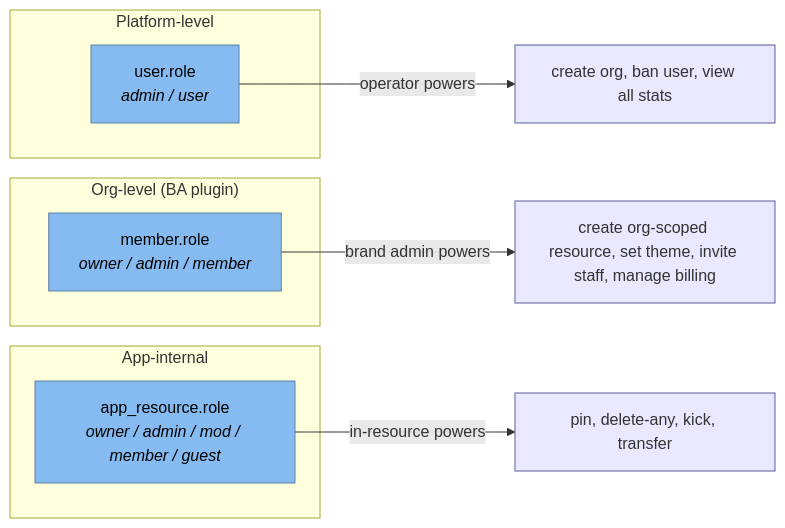
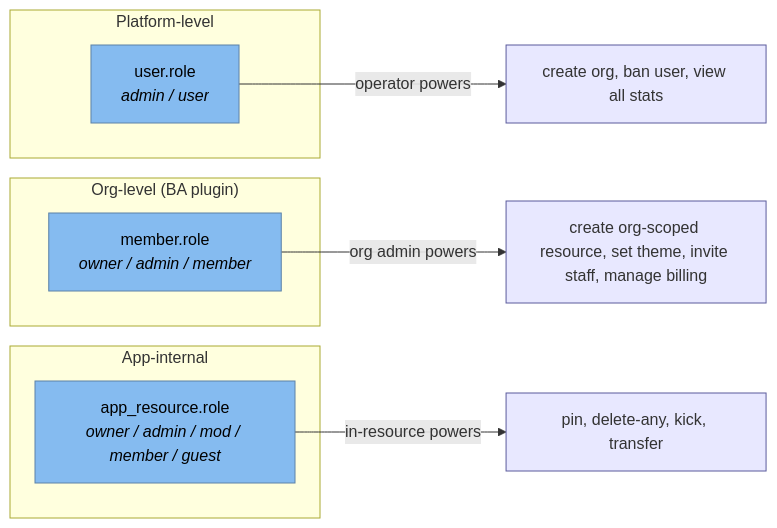
Before and after one commit to apostolos-geyer/somewhatintelligent: the fifth of 6 diagrams in docs/MULTI-TENANCY.md, drawn with Mermaid. The commit also changed other lines of this file and 68 other files, not shown here.

````diff
--- a/docs/MULTI-TENANCY.md
+++ b/docs/MULTI-TENANCY.md
@@ -1117,19 +1065,19 @@
 ```mermaid
 flowchart LR
   subgraph platform["Platform-level"]
     p_user["user.role<br/><i>admin / user</i>"]:::role
   end
   subgraph org["Org-level (BA plugin)"]
     o_role["member.role<br/><i>owner / admin / member</i>"]:::role
   end
   subgraph app["App-internal"]
     a_role["app_resource.role<br/><i>owner / admin / mod / member / guest</i>"]:::role
   end
 
   p_user -->|"operator powers"| platform_ops["create org, ban user, view all stats"]:::action
-  o_role -->|"brand admin powers"| org_ops["create org-scoped resource, set theme, invite staff, manage billing"]:::action
+  o_role -->|"org admin powers"| org_ops["create org-scoped resource, set theme, invite staff, manage billing"]:::action
   a_role -->|"in-resource powers"| room_ops["pin, delete-any, kick, transfer"]:::action
 
   classDef role fill:#85bbf0,stroke:#5d82a8,color:#000
   classDef action fill:#e8e8ff,stroke:#5b5b9c
 ```
````
